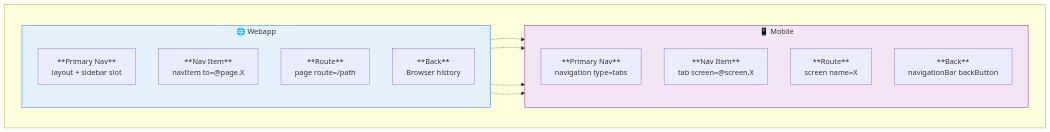
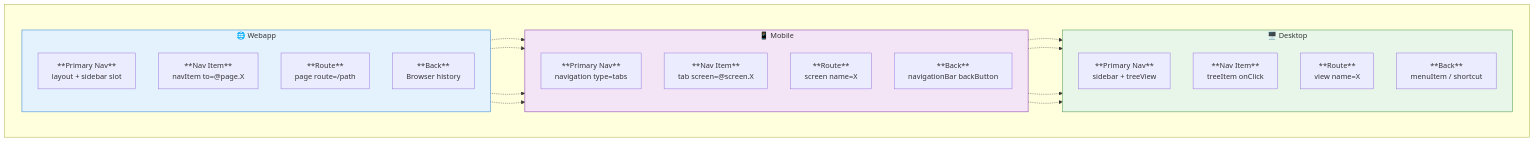
Before and after one commit to amolchanov/llm-ui-spec: the first of 12 diagrams in docs/platform-mapping.md, drawn with Mermaid. The commit also changed other lines of this file and 1 other file, not shown here.

First line of the commit message:
Add desktop spec and update platform mapping

````diff
--- a/docs/platform-mapping.md
+++ b/docs/platform-mapping.md
@@ -9,28 +9,40 @@
 ```mermaid
 flowchart TB
     subgraph section[" "]
         direction LR
         subgraph Webapp["🌐 Webapp"]
             direction TB
             W1["**Primary Nav**<br/>layout + sidebar slot"]
             W2["**Nav Item**<br/>navItem to=@page.X"]
             W3["**Route**<br/>page route=/path"]
             W4["**Back**<br/>Browser history"]
         end
         subgraph Mobile["📱 Mobile"]
             direction TB
             M1["**Primary Nav**<br/>navigation type=tabs"]
             M2["**Nav Item**<br/>tab screen=@screen.X"]
             M3["**Route**<br/>screen name=X"]
             M4["**Back**<br/>navigationBar backButton"]
         end
+        subgraph Desktop["🖥️ Desktop"]
+            direction TB
+            D1["**Primary Nav**<br/>sidebar + treeView"]
+            D2["**Nav Item**<br/>treeItem onClick"]
+            D3["**Route**<br/>view name=X"]
+            D4["**Back**<br/>menuItem / shortcut"]
+        end
     end
 
     W1 -.-> M1
+    M1 -.-> D1
     W2 -.-> M2
+    M2 -.-> D2
     W3 -.-> M3
+    M3 -.-> D3
     W4 -.-> M4
+    M4 -.-> D4
 
     style Webapp fill:#e3f2fd,stroke:#1976d2
     style Mobile fill:#f3e5f5,stroke:#7b1fa2
+    style Desktop fill:#e8f5e9,stroke:#388e3c
 ```
````
